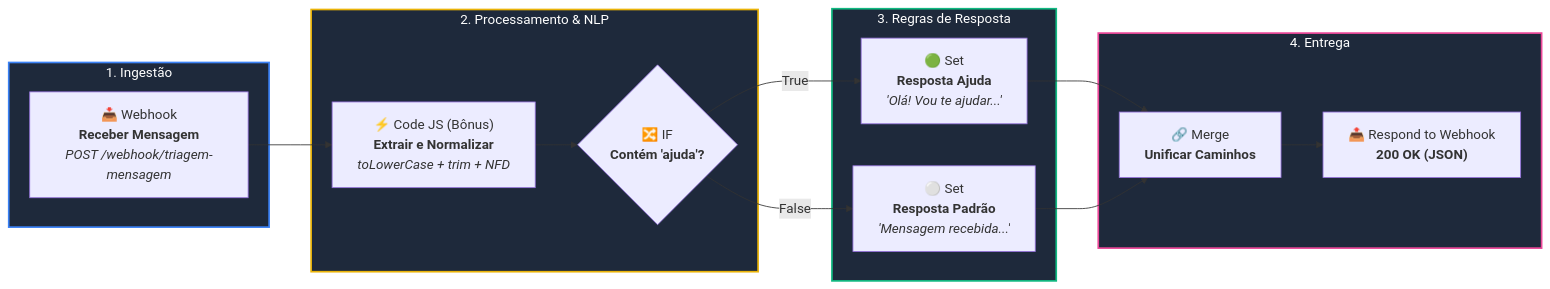
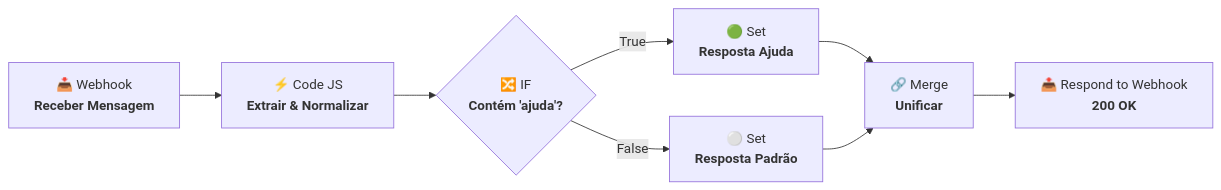
One commit to marcosrodsa/PSA changed the first of 2 diagrams in README.md. Above: the diagram before and after it, drawn with Mermaid. The commit also changed other lines of this file and 5 other files, not shown here.

````diff
--- a/README.md
+++ b/README.md
@@ -44,34 +65,10 @@
 ```mermaid
 graph LR
-    subgraph Ingestao["1. Ingestão"]
-        WH["📥 Webhook<br><b>Receber Mensagem</b><br><i>POST /webhook/triagem-mensagem</i>"]
-    end
-
-    subgraph Processamento["2. Processamento & NLP"]
-        JS["⚡ Code JS (Bônus)<br><b>Extrair e Normalizar</b><br><i>toLowerCase + trim + NFD</i>"]
-        IF{"🔀 IF<br><b>Contém 'ajuda'?</b>"}
-    end
-
-    subgraph Roteamento["3. Regras de Resposta"]
-        SET_TRUE["🟢 Set<br><b>Resposta Ajuda</b><br><i>'Olá! Vou te ajudar...'</i>"]
-        SET_FALSE["⚪ Set<br><b>Resposta Padrão</b><br><i>'Mensagem recebida...'</i>"]
-    end
-
-    subgraph Saida["4. Entrega"]
-        MRG["🔗 Merge<br><b>Unificar Caminhos</b>"]
-        RESP["📤 Respond to Webhook<br><b>200 OK (JSON)</b>"]
-    end
-
-    WH --> JS
-    JS --> IF
-    IF -- "True" --> SET_TRUE
-    IF -- "False" --> SET_FALSE
-    SET_TRUE --> MRG
-    SET_FALSE --> MRG
-    MRG --> RESP
-
-    style Ingestao fill:#1e293b,stroke:#3b82f6,stroke-width:2px,color:#fff
-    style Processamento fill:#1e293b,stroke:#eab308,stroke-width:2px,color:#fff
-    style Roteamento fill:#1e293b,stroke:#10b981,stroke-width:2px,color:#fff
-    style Saida fill:#1e293b,stroke:#ec4899,stroke-width:2px,color:#fff
+    WH["📥 Webhook<br><b>Receber Mensagem</b>"] --> CODE["⚡ Code JS<br><b>Extrair & Normalizar</b>"]
+    CODE --> IF{"🔀 IF<br><b>Contém 'ajuda'?</b>"}
+    IF -- "True" --> SET_TRUE["🟢 Set<br><b>Resposta Ajuda</b>"]
+    IF -- "False" --> SET_FALSE["⚪ Set<br><b>Resposta Padrão</b>"]
+    SET_TRUE --> MERGE["🔗 Merge<br><b>Unificar</b>"]
+    SET_FALSE --> MERGE
+    MERGE --> RESP["📤 Respond to Webhook<br><b>200 OK</b>"]
 ```
````
